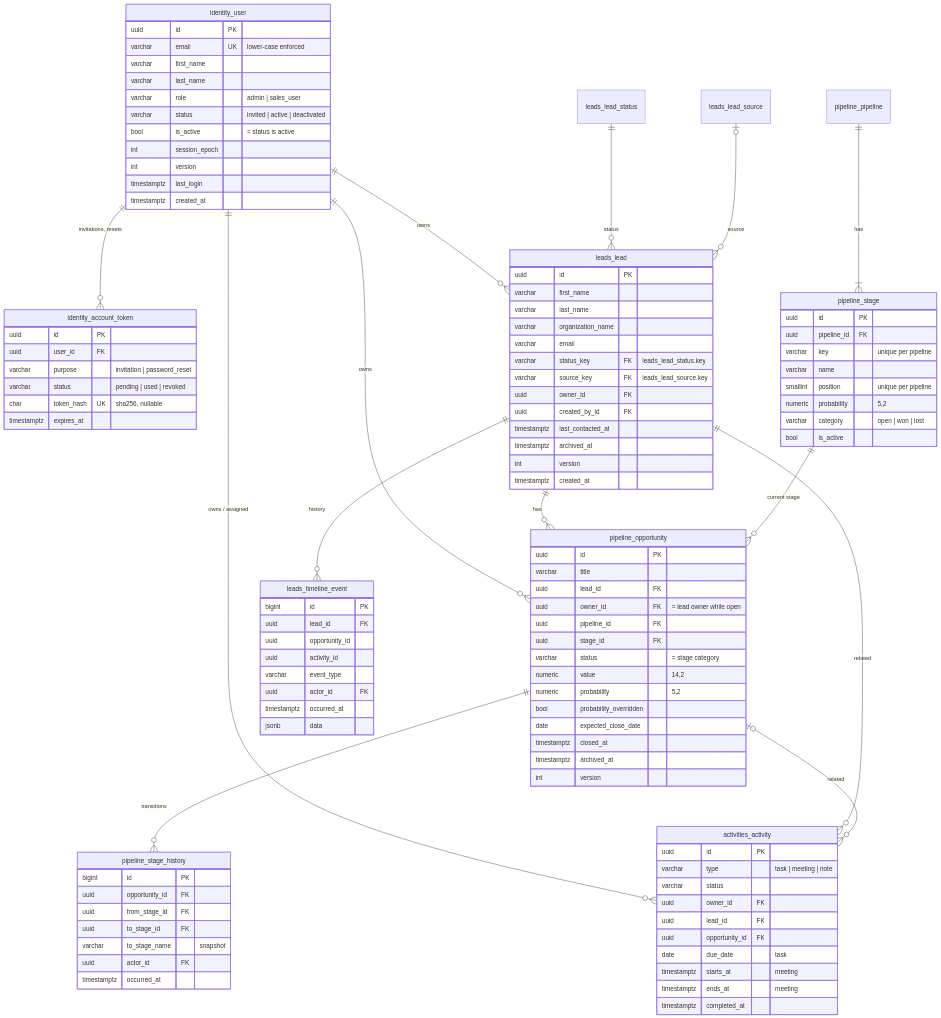
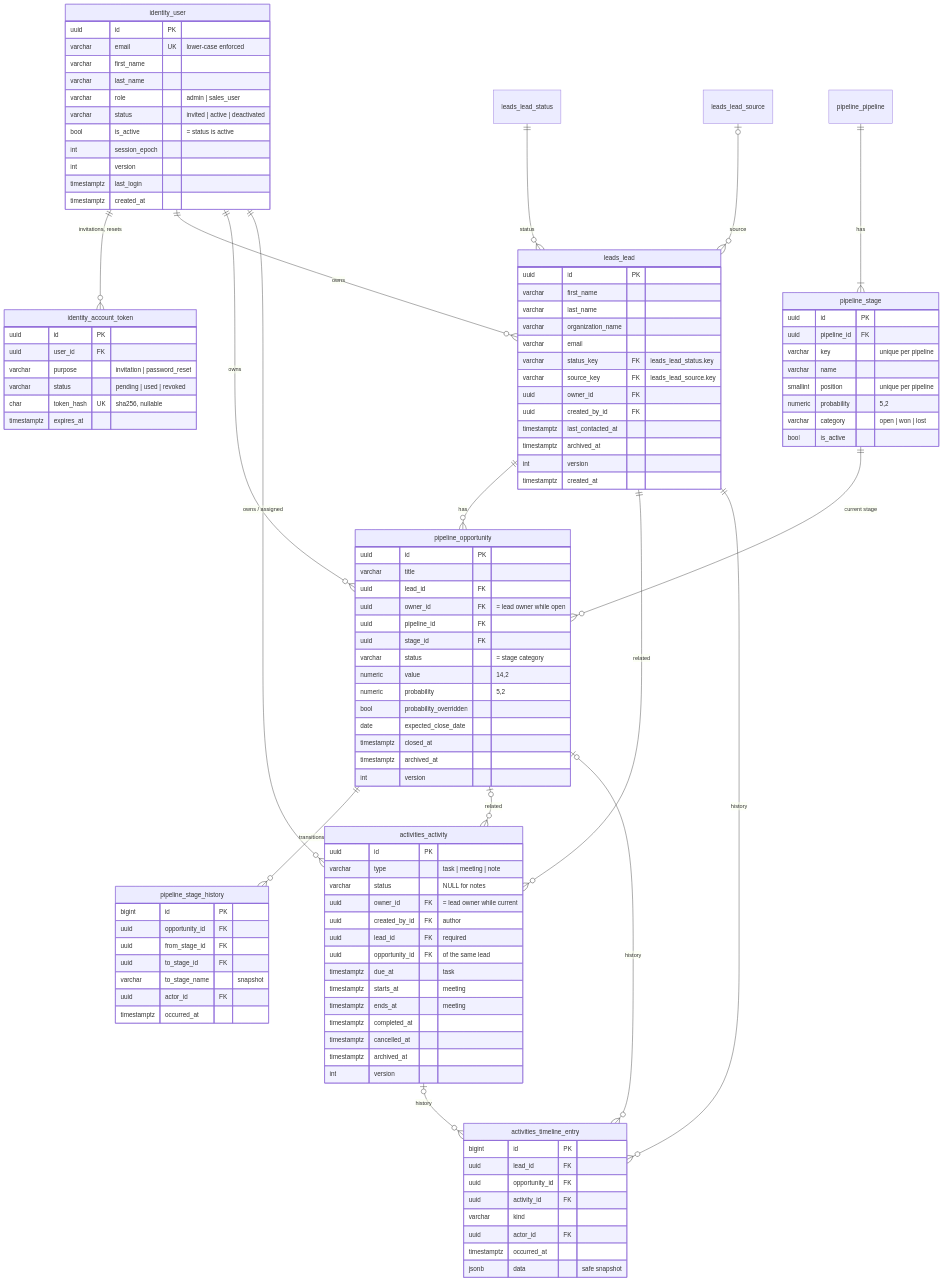
Before and after one commit to Aman03305/Arkray-CRM: the diagram in docs/database.md, drawn with Mermaid. The commit also changed other lines of this file and 109 other files, not shown here.

````diff
--- a/docs/database.md
+++ b/docs/database.md
@@ -34,11 +34,13 @@
     leads_lead_source |o--o{ leads_lead : "source"
     leads_lead ||--o{ pipeline_opportunity : "has"
     leads_lead ||--o{ activities_activity : "related"
-    leads_lead ||--o{ leads_timeline_event : "history"
+    leads_lead ||--o{ activities_timeline_entry : "history"
     pipeline_pipeline ||--|{ pipeline_stage : "has"
     pipeline_stage ||--o{ pipeline_opportunity : "current stage"
     pipeline_opportunity ||--o{ pipeline_stage_history : "transitions"
     pipeline_opportunity |o--o{ activities_activity : "related"
+    pipeline_opportunity |o--o{ activities_timeline_entry : "history"
+    activities_activity |o--o{ activities_timeline_entry : "history"
 
     identity_user {
         uuid id PK
@@ -114,23 +116,27 @@
     activities_activity {
         uuid id PK
         varchar type "task | meeting | note"
-        varchar status
-        uuid owner_id FK
-        uuid lead_id FK
-        uuid opportunity_id FK
-        date due_date "task"
+        varchar status "NULL for notes"
+        uuid owner_id FK "= lead owner while current"
+        uuid created_by_id FK "author"
+        uuid lead_id FK "required"
+        uuid opportunity_id FK "of the same lead"
+        timestamptz due_at "task"
         timestamptz starts_at "meeting"
         timestamptz ends_at "meeting"
         timestamptz completed_at
+        timestamptz cancelled_at
+        timestamptz archived_at
+        int version
     }
-    leads_timeline_event {
+    activities_timeline_entry {
         bigint id PK
         uuid lead_id FK
-        uuid opportunity_id
-        uuid activity_id
-        varchar event_type
+        uuid opportunity_id FK
+        uuid activity_id FK
+        varchar kind
         uuid actor_id FK
         timestamptz occurred_at
-        jsonb data
+        jsonb data "safe snapshot"
     }
 ```
````
